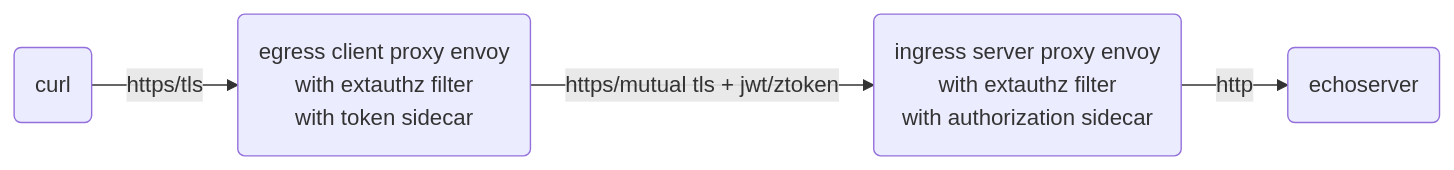
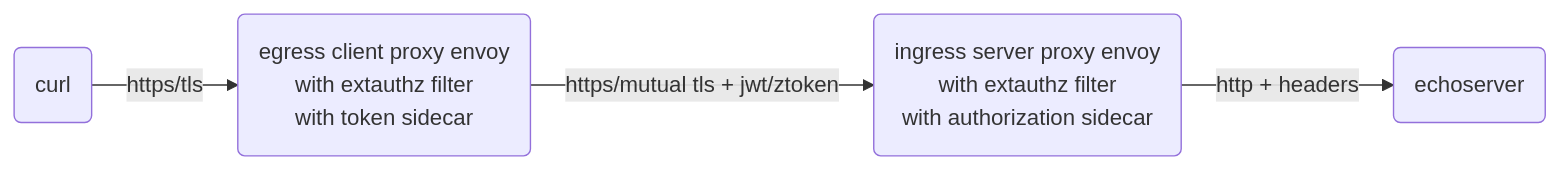
One commit to ctyano/athenz-distribution changed the third of 17 diagrams in docs/ENVOY.md. Above: the diagram before and after it, drawn with Mermaid. The commit also changed other lines of this file and 5 other files, not shown here.

````diff
--- a/docs/ENVOY.md
+++ b/docs/ENVOY.md
@@ -49,4 +49,4 @@
 ```mermaid
 flowchart LR
-A(curl) -->|https/tls| B(egress client proxy envoy\nwith extauthz filter\nwith token sidecar) -->|https/mutual tls + jwt/ztoken| C(ingress server proxy envoy\nwith extauthz filter\nwith authorization sidecar) -->|http| D(echoserver)
+A(curl) -->|https/tls| B(egress client proxy envoy\nwith extauthz filter\nwith token sidecar) -->|https/mutual tls + jwt/ztoken| C(ingress server proxy envoy\nwith extauthz filter\nwith authorization sidecar) -->|http + headers| D(echoserver)
 ```
````
